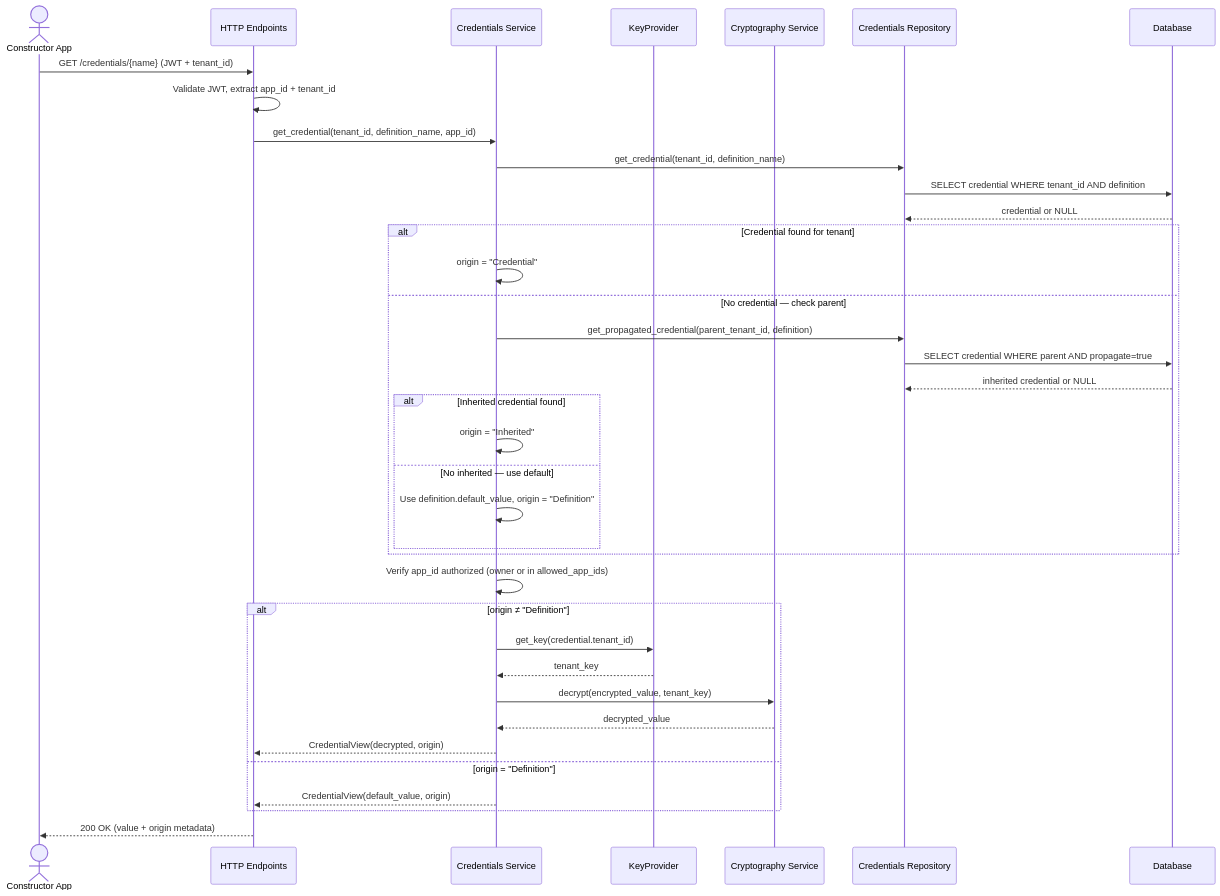
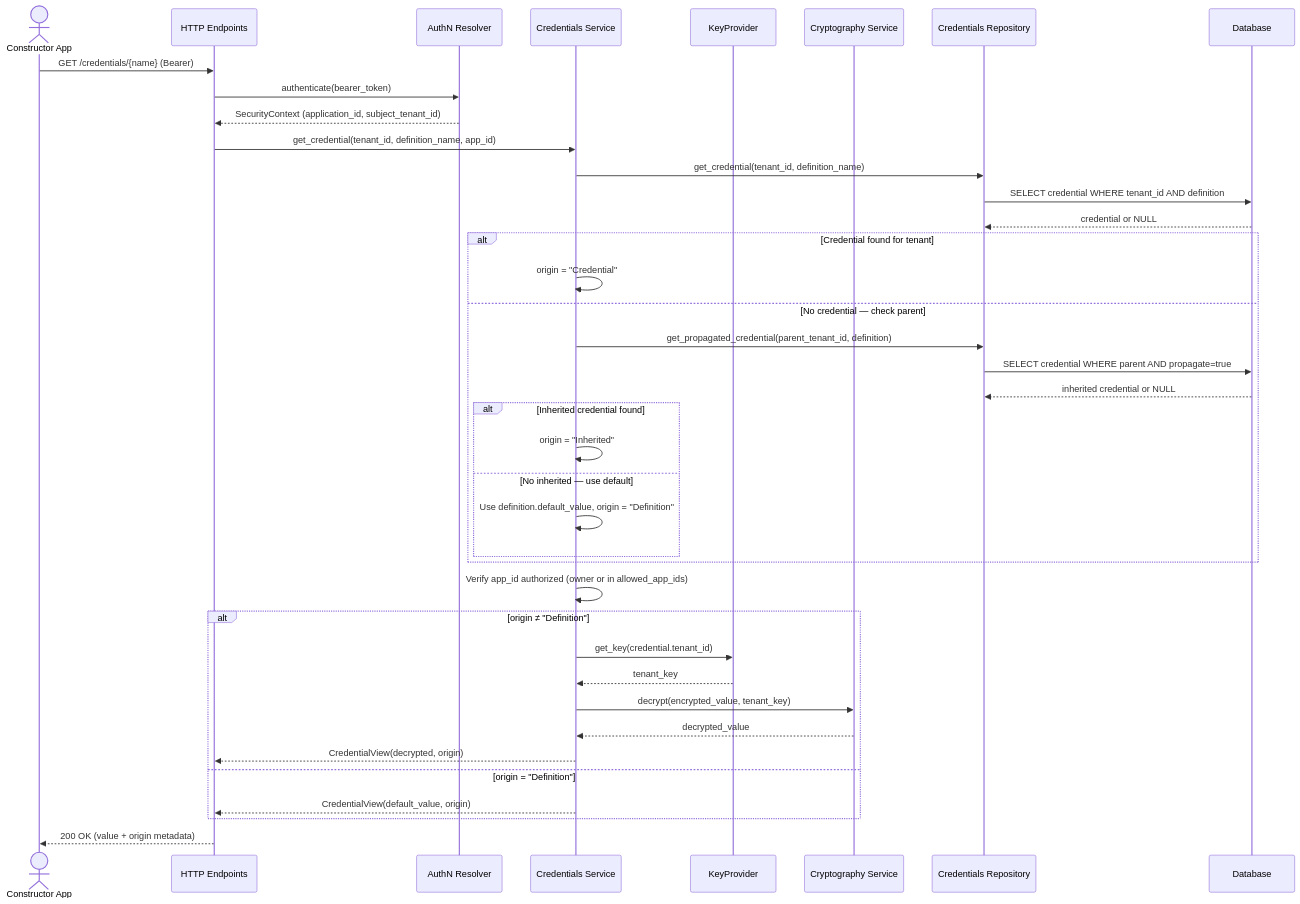
Before and after one commit to nullhypothesic/cyberfabric-core: the third of 4 diagrams in modules/credstore/plugins/credentials-storage/DESIGN.md, drawn with Mermaid. The commit also changed other lines of this file and 2 other files, not shown here.

Commit message:
docs: remove jwt

````diff
--- a/modules/credstore/plugins/credentials-storage/DESIGN.md
+++ b/modules/credstore/plugins/credentials-storage/DESIGN.md
@@ -520,43 +527,45 @@
 ```mermaid
 sequenceDiagram
     actor App as Constructor App
     participant API as HTTP Endpoints
+    participant AuthN as AuthN Resolver
     participant Svc as Credentials Service
     participant KP as KeyProvider
     participant Crypto as Cryptography Service
     participant Repo as Credentials Repository
     participant DB as Database
 
-    App->>API: GET /credentials/{name} (JWT + tenant_id)
-    API->>API: Validate JWT, extract app_id + tenant_id
+    App->>API: GET /credentials/{name} (Bearer)
+    API->>AuthN: authenticate(bearer_token)
+    AuthN-->>API: SecurityContext (application_id, subject_tenant_id)
     API->>Svc: get_credential(tenant_id, definition_name, app_id)
     Svc->>Repo: get_credential(tenant_id, definition_name)
     Repo->>DB: SELECT credential WHERE tenant_id AND definition
     DB-->>Repo: credential or NULL
 
     alt Credential found for tenant
         Svc->>Svc: origin = "Credential"
     else No credential — check parent
         Svc->>Repo: get_propagated_credential(parent_tenant_id, definition)
         Repo->>DB: SELECT credential WHERE parent AND propagate=true
         DB-->>Repo: inherited credential or NULL
         alt Inherited credential found
             Svc->>Svc: origin = "Inherited"
         else No inherited — use default
             Svc->>Svc: Use definition.default_value, origin = "Definition"
         end
     end
 
     Svc->>Svc: Verify app_id authorized (owner or in allowed_app_ids)
 
     alt origin ≠ "Definition"
         Svc->>KP: get_key(credential.tenant_id)
         KP-->>Svc: tenant_key
         Svc->>Crypto: decrypt(encrypted_value, tenant_key)
         Crypto-->>Svc: decrypted_value
         Svc-->>API: CredentialView(decrypted, origin)
     else origin = "Definition"
         Svc-->>API: CredentialView(default_value, origin)
     end
     API-->>App: 200 OK (value + origin metadata)
 ```
````
